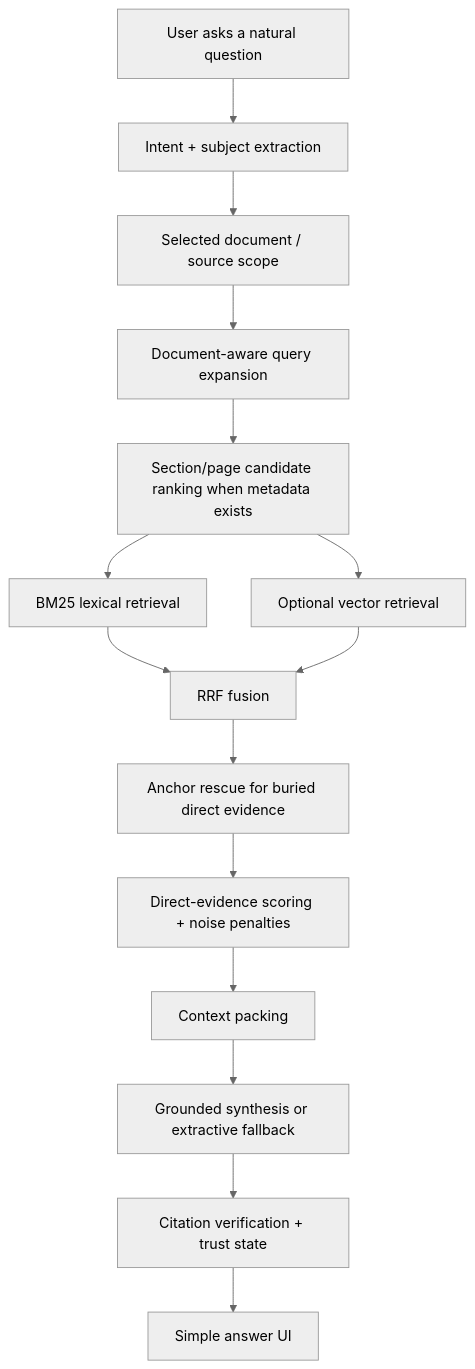
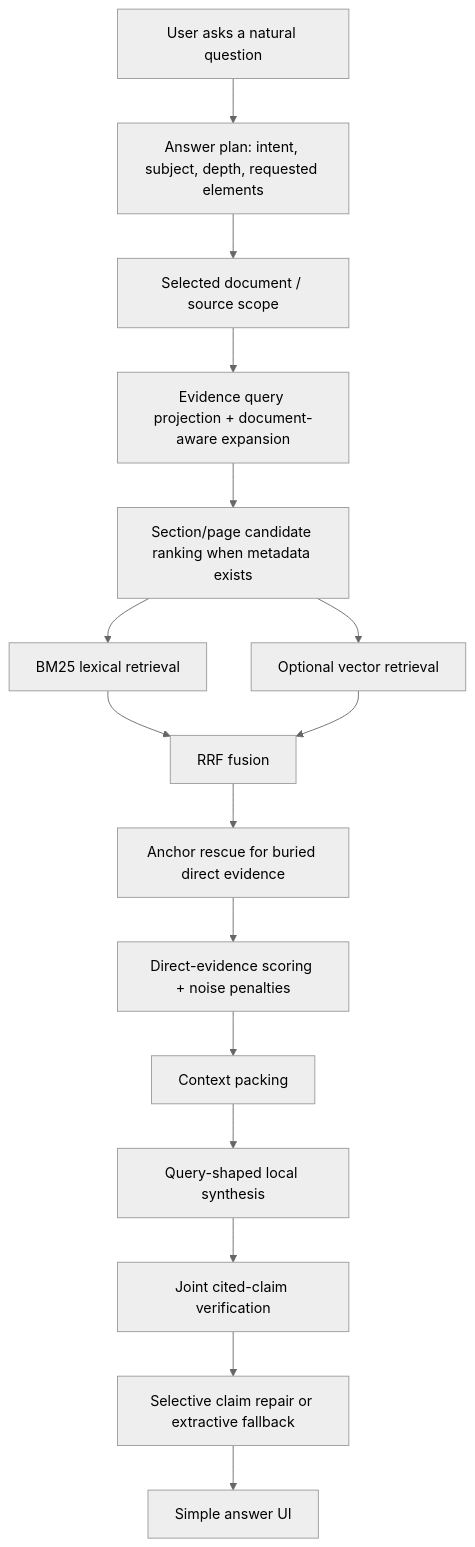
The diagram in docs/nirmiq_rag_method.md (SheeshDarth/NirmiqResearchOS), drawn with Mermaid (neutral theme) before and after one commit. The commit also changed other lines of this file and 23 other files, not shown here.

Commit message:
Prioritize grounded answer intelligence

````diff
--- a/docs/nirmiq_rag_method.md
+++ b/docs/nirmiq_rag_method.md
@@ -37,17 +37,18 @@
 ```mermaid
 flowchart TD
-    A["User asks a natural question"] --> B["Intent + subject extraction"]
+    A["User asks a natural question"] --> B["Answer plan: intent, subject, depth, requested elements"]
     B --> C["Selected document / source scope"]
-    C --> D["Document-aware query expansion"]
+    C --> D["Evidence query projection + document-aware expansion"]
     D --> E["Section/page candidate ranking when metadata exists"]
     E --> F["BM25 lexical retrieval"]
     E --> G["Optional vector retrieval"]
     F --> H["RRF fusion"]
     G --> H
     H --> I["Anchor rescue for buried direct evidence"]
     I --> J["Direct-evidence scoring + noise penalties"]
     J --> K["Context packing"]
-    K --> L["Grounded synthesis or extractive fallback"]
-    L --> M["Citation verification + trust state"]
-    M --> N["Simple answer UI"]
+    K --> L["Query-shaped local synthesis"]
+    L --> M["Joint cited-claim verification"]
+    M --> N["Selective claim repair or extractive fallback"]
+    N --> O["Simple answer UI"]
 ```
````
